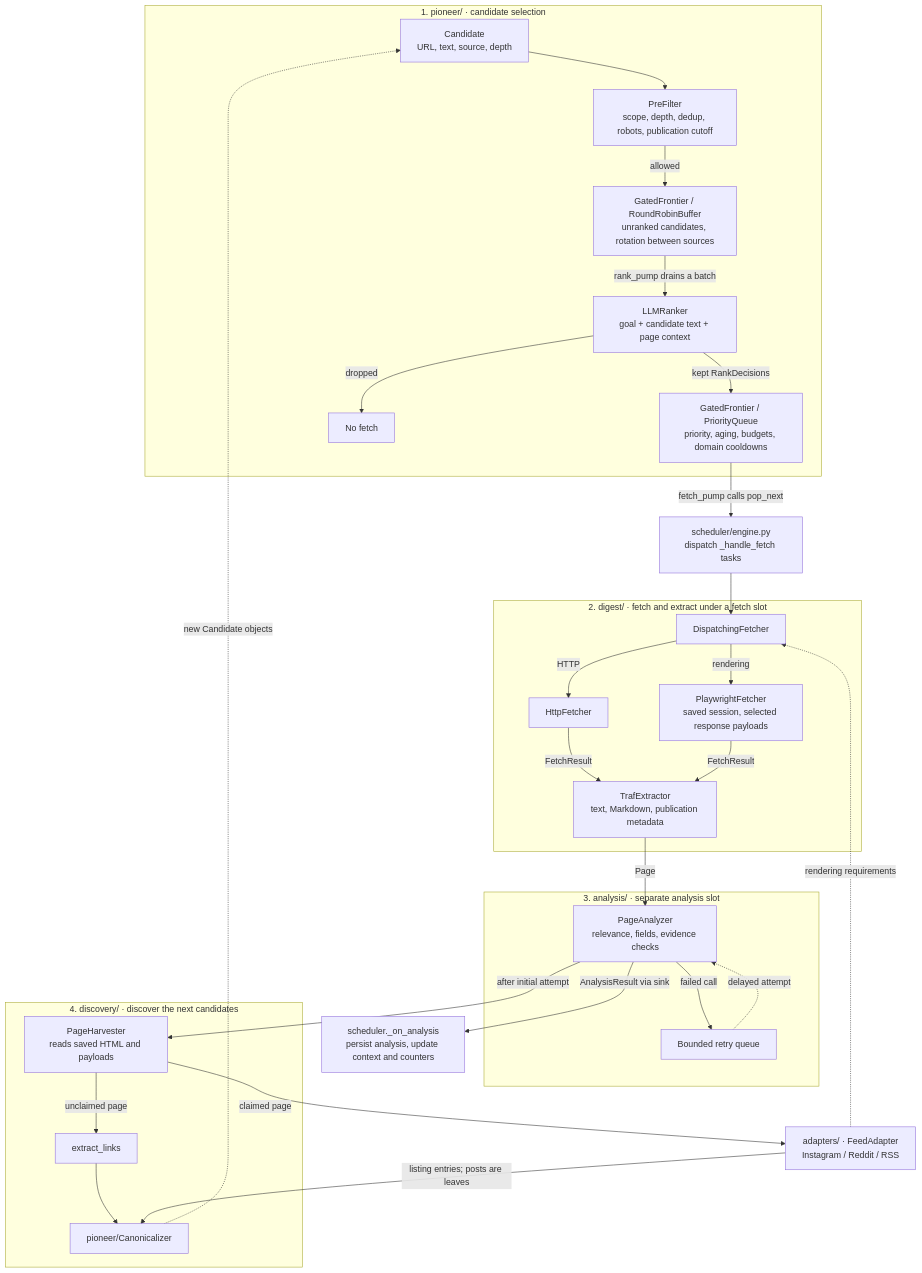
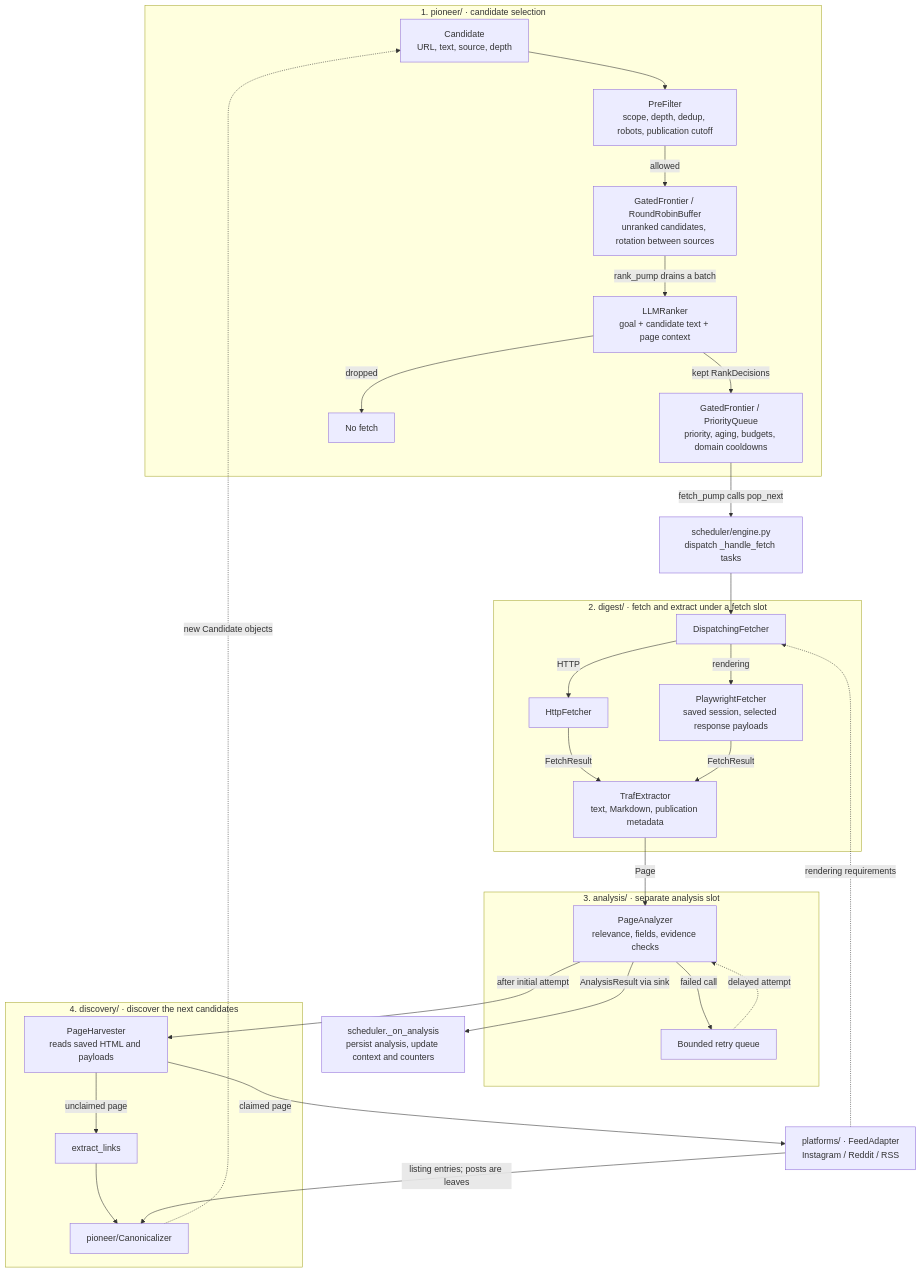
The first of 2 diagrams in docs/arch.md (shixuan/crawl-me-maybe), drawn with Mermaid before and after one commit. The commit also changed other lines of this file and 26 other files, not shown here.

Commit message:
fix: extract Instagram page text through platform adapters

````diff
--- a/docs/arch.md
+++ b/docs/arch.md
@@ -8,41 +8,41 @@
 ```mermaid
 flowchart TB
     subgraph pioneer["1. pioneer/ · candidate selection"]
         candidates["Candidate<br>URL, text, source, depth"] --> filter["PreFilter<br>scope, depth, dedup, robots, publication cutoff"]
         filter -->|allowed| buffer["GatedFrontier / RoundRobinBuffer<br>unranked candidates, rotation between sources"]
         buffer -->|rank_pump drains a batch| ranker["LLMRanker<br>goal + candidate text + page context"]
         ranker -->|kept RankDecisions| queue["GatedFrontier / PriorityQueue<br>priority, aging, budgets, domain cooldowns"]
         ranker -->|dropped| dropped["No fetch"]
     end
 
     queue -->|fetch_pump calls pop_next| dispatch["scheduler/engine.py<br>dispatch _handle_fetch tasks"]
 
     subgraph digest["2. digest/ · fetch and extract under a fetch slot"]
         fetcher[DispatchingFetcher] -->|HTTP| http[HttpFetcher]
         fetcher -->|rendering| browser["PlaywrightFetcher<br>saved session, selected response payloads"]
         http -->|FetchResult| extractor["TrafExtractor<br>text, Markdown, publication metadata"]
         browser -->|FetchResult| extractor
     end
     dispatch --> fetcher
 
     subgraph analysis["3. analysis/ · separate analysis slot"]
         analyzer["PageAnalyzer<br>relevance, fields, evidence checks"]
         analyzer -->|failed call| retry["Bounded retry queue"]
         retry -. delayed attempt .-> analyzer
     end
     extractor -->|Page| analyzer
     analyzer -->|AnalysisResult via sink| sink["scheduler._on_analysis<br>persist analysis, update context and counters"]
 
     subgraph discovery["4. discovery/ · discover the next candidates"]
         harvest["PageHarvester<br>reads saved HTML and payloads"]
         harvest -->|unclaimed page| links[extract_links]
         canonical["pioneer/Canonicalizer"]
         links --> canonical
     end
-    adapters["adapters/ · FeedAdapter<br>Instagram / Reddit / RSS"]
+    adapters["platforms/ · FeedAdapter<br>Instagram / Reddit / RSS"]
     harvest -->|claimed page| adapters
     adapters -->|listing entries; posts are leaves| canonical
     adapters -. rendering requirements .-> fetcher
     analyzer -->|after initial attempt| harvest
     canonical -. new Candidate objects .-> candidates
 ```
````
